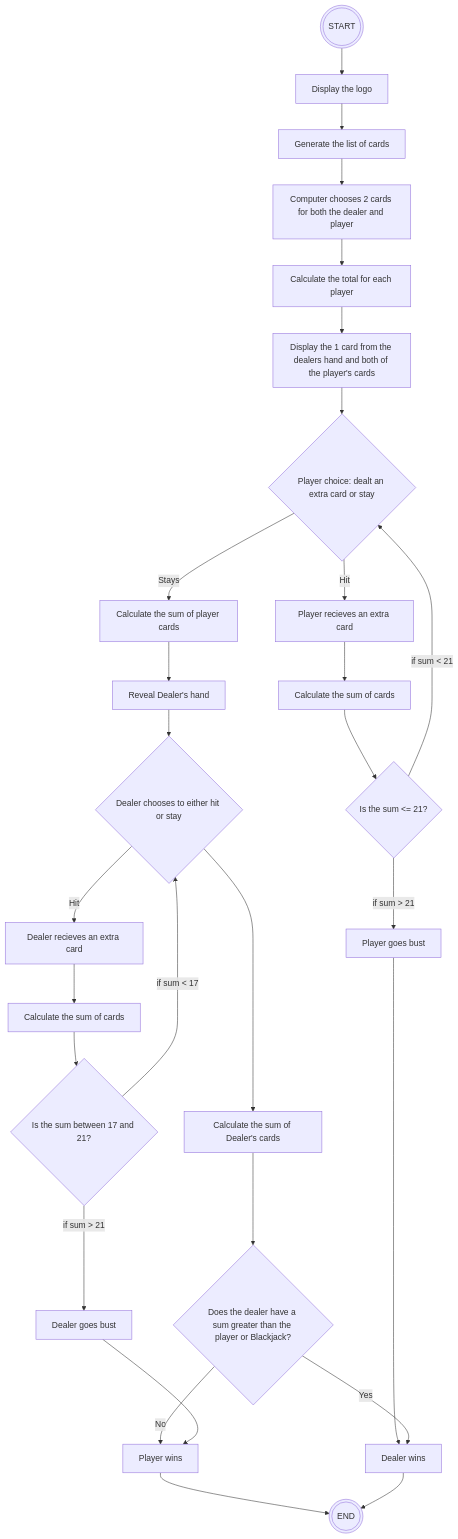
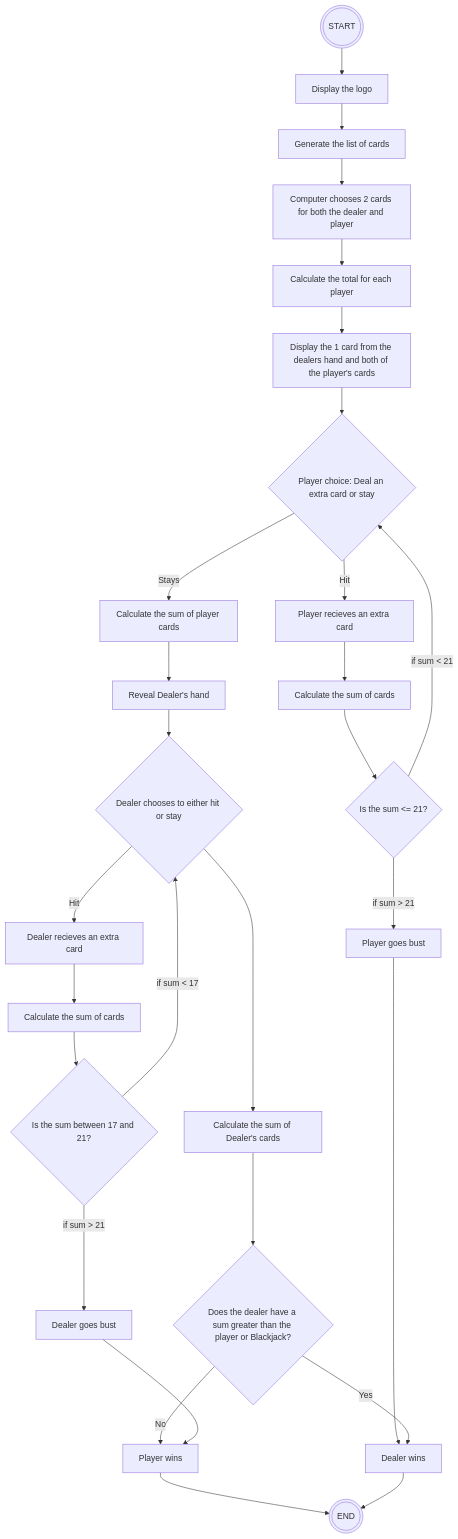
Before and after one commit to frantzalexander/blackjack: the diagram in README.md, drawn with Mermaid.

````diff
--- a/README.md
+++ b/README.md
@@ -30,53 +30,53 @@
 ```mermaid
 flowchart TD
     start(((START)))
     logo[Display the logo]
     generate[Generate the list of cards]
     choice[Computer chooses 2 cards for both the dealer and player]
     calculate[Calculate the total for each player]
     display[Display the 1 card from the dealers hand and both of the player's cards]
-    player_choice{Player choice: dealt an extra card or stay}
+    player_choice{Player choice: Deal an extra card or stay}
     player_deal1[Player recieves an extra card]
     player_deal2[Calculate the sum of cards]
     player_check{Is the sum <= 21?}
     calculate2[Calculate the sum of player cards]
     reveal[Reveal Dealer's hand]
     dealer_choice{Dealer chooses to either hit or stay}
     dealer_deal1[Dealer recieves an extra card]
     calculate3[Calculate the sum of cards]
     dealer_check{Is the sum between 17 and 21?}
     dealer_bust[Dealer goes bust]
     player_bust[Player goes bust]
     dealer_wins[Dealer wins]
     player_wins[Player wins]
     calculate4[Calculate the sum of Dealer's cards]
     dealer_check2{Does the dealer have a sum greater than the player or Blackjack?}
     finish(((END)))
     start --> logo
     logo --> generate
     generate --> choice
     choice --> calculate
     calculate --> display
     display --> player_choice
     player_choice -->|Hit| player_deal1
     player_deal1 --> player_deal2
     player_deal2 --> player_check
     player_check -->|if sum < 21|player_choice
     player_check -->|if sum > 21|player_bust
     player_bust --> dealer_wins
     player_choice -->|Stays| calculate2
     calculate2 --> reveal
     reveal --> dealer_choice
     dealer_choice -->|Hit|dealer_deal1
     dealer_deal1 --> calculate3
     calculate3 --> dealer_check
     dealer_check -->|if sum < 17|dealer_choice
     dealer_choice --> calculate4
     calculate4 --> dealer_check2
     dealer_check2 -->|No|player_wins
     dealer_check2 -->|Yes|dealer_wins
     dealer_check -->|if sum > 21|dealer_bust
     dealer_bust --> player_wins
     player_wins --> finish
     dealer_wins --> finish
 ```
````
